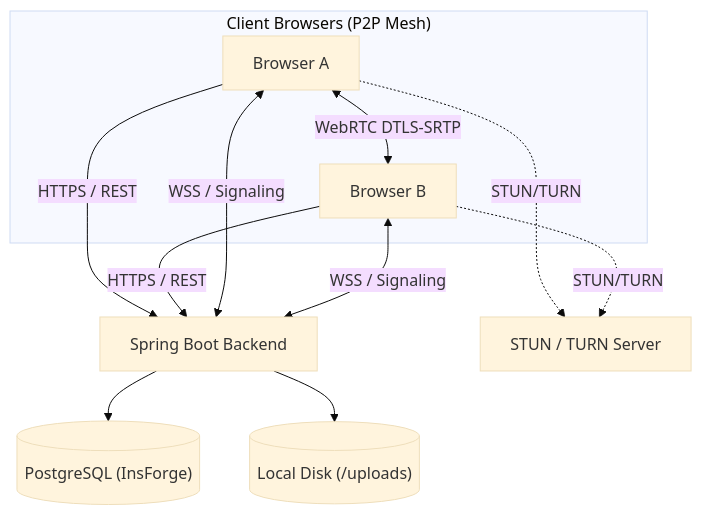
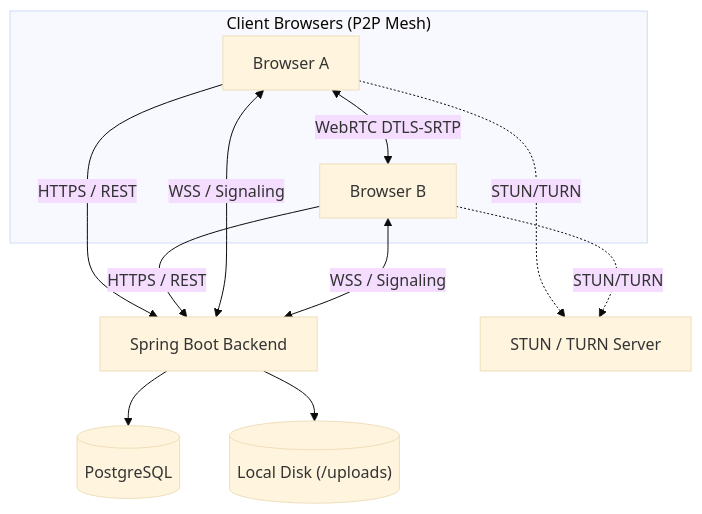
Before and after one commit to Mohitkumar7295/Real-Time-Communication-App: the diagram in README.md, drawn with Mermaid (base theme). The commit also changed other lines of this file and 6 other files, not shown here.

Commit message:
refactor: remove all InsForge dependencies, configurations, and references

````diff
--- a/README.md
+++ b/README.md
@@ -52,14 +52,14 @@
 ```mermaid
 graph TD
     subgraph Clients["Client Browsers (P2P Mesh)"]
         BrowserA["Browser A"] <-->|"WebRTC DTLS-SRTP"| BrowserB["Browser B"]
     end
     BrowserA -->|"HTTPS / REST"| Backend["Spring Boot Backend"]
     BrowserB -->|"HTTPS / REST"| Backend
     BrowserA <-->|"WSS / Signaling"| Backend
     BrowserB <-->|"WSS / Signaling"| Backend
-    Backend --> DB[("PostgreSQL (InsForge)")]
+    Backend --> DB[("PostgreSQL")]
     Backend --> LocalStorage[("Local Disk (/uploads)")]
     BrowserA -.->|"STUN/TURN"| StunTurn["STUN / TURN Server"]
     BrowserB -.->|"STUN/TURN"| StunTurn
 ```
````
